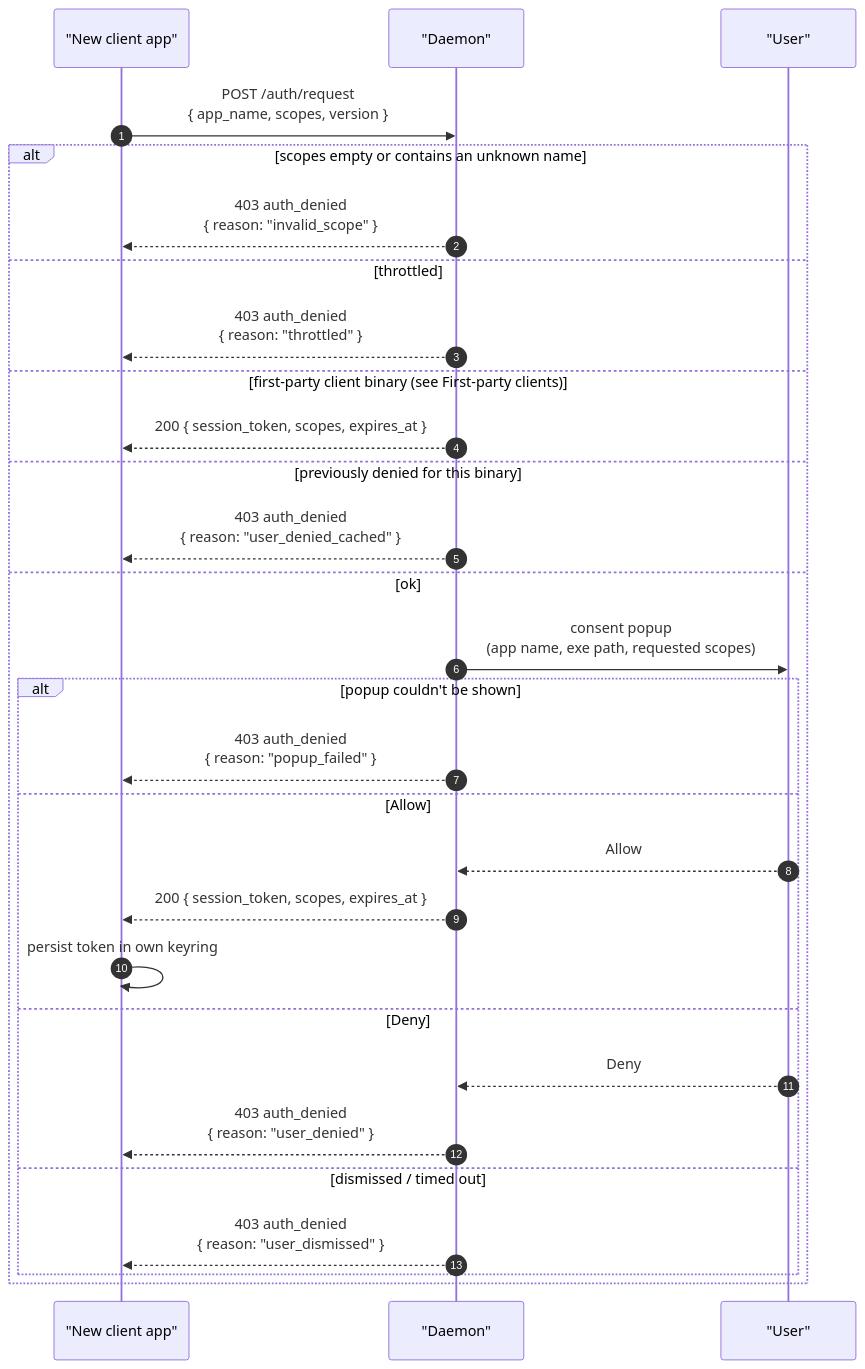
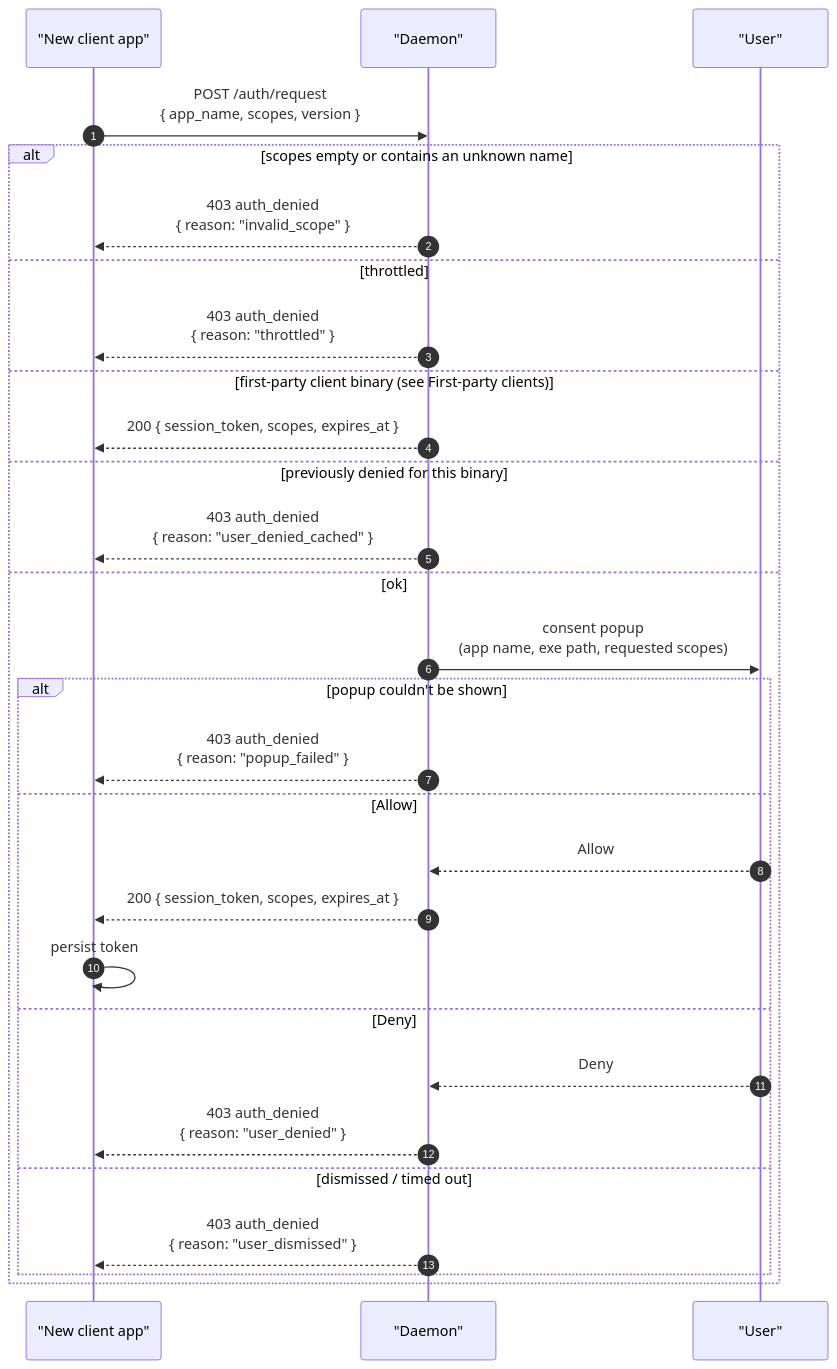
Before and after one commit to jorge-menjivar/super-stt: the diagram in docs/protocol/auth.md, drawn with Mermaid. The commit also changed other lines of this file and 100 other files, not shown here.

````diff
--- a/docs/protocol/auth.md
+++ b/docs/protocol/auth.md
@@ -148,34 +148,34 @@
 ```mermaid
 sequenceDiagram
     autonumber
     participant App as "New client app"
     participant D as "Daemon"
     participant U as "User"
 
     App->>D: POST /auth/request<br/>{ app_name, scopes, version }
 
     alt scopes empty or contains an unknown name
         D-->>App: 403 auth_denied<br/>{ reason: "invalid_scope" }
     else throttled
         D-->>App: 403 auth_denied<br/>{ reason: "throttled" }
     else first-party client binary (see First-party clients)
         D-->>App: 200 { session_token, scopes, expires_at }
     else previously denied for this binary
         D-->>App: 403 auth_denied<br/>{ reason: "user_denied_cached" }
     else ok
         D->>U: consent popup<br/>(app name, exe path, requested scopes)
 
         alt popup couldn't be shown
             D-->>App: 403 auth_denied<br/>{ reason: "popup_failed" }
         else Allow
             U-->>D: Allow
             D-->>App: 200 { session_token, scopes, expires_at }
-            App->>App: persist token in own keyring
+            App->>App: persist token
         else Deny
             U-->>D: Deny
             D-->>App: 403 auth_denied<br/>{ reason: "user_denied" }
         else dismissed / timed out
             D-->>App: 403 auth_denied<br/>{ reason: "user_dismissed" }
         end
     end
 ```
````
